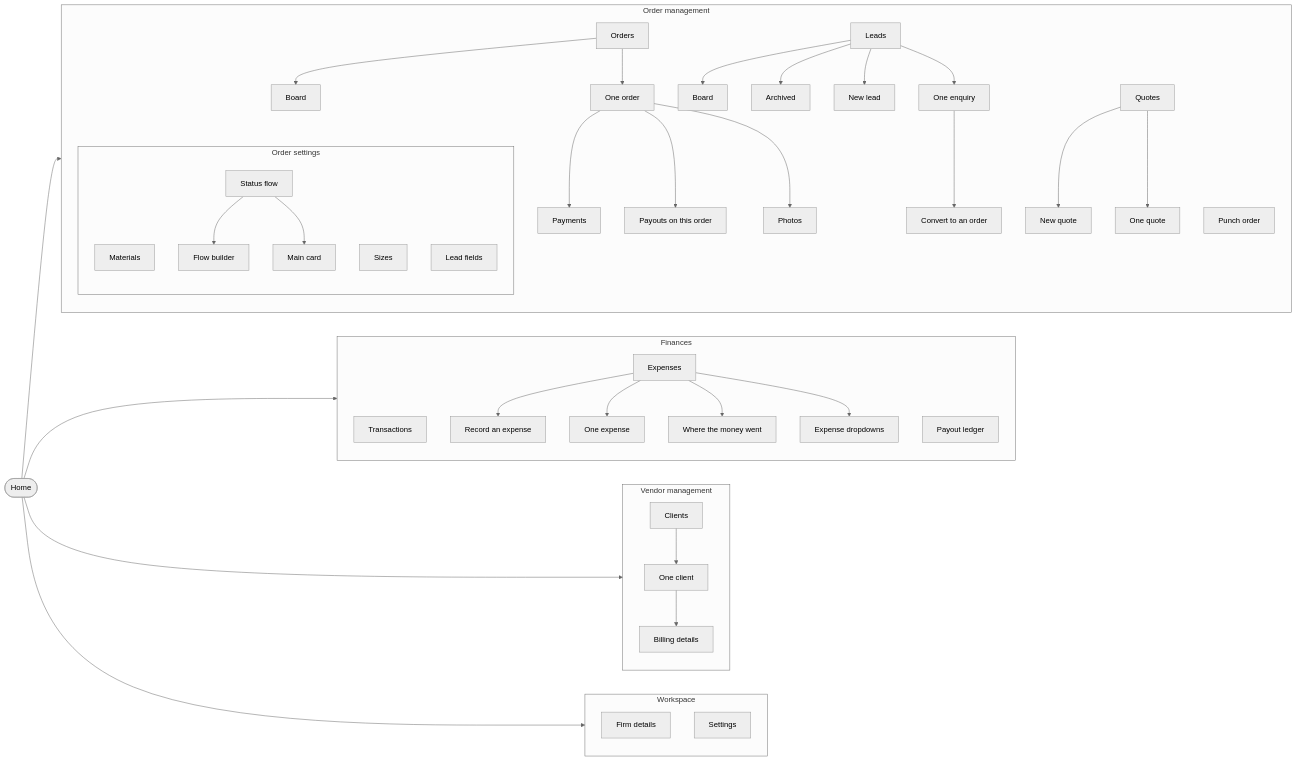
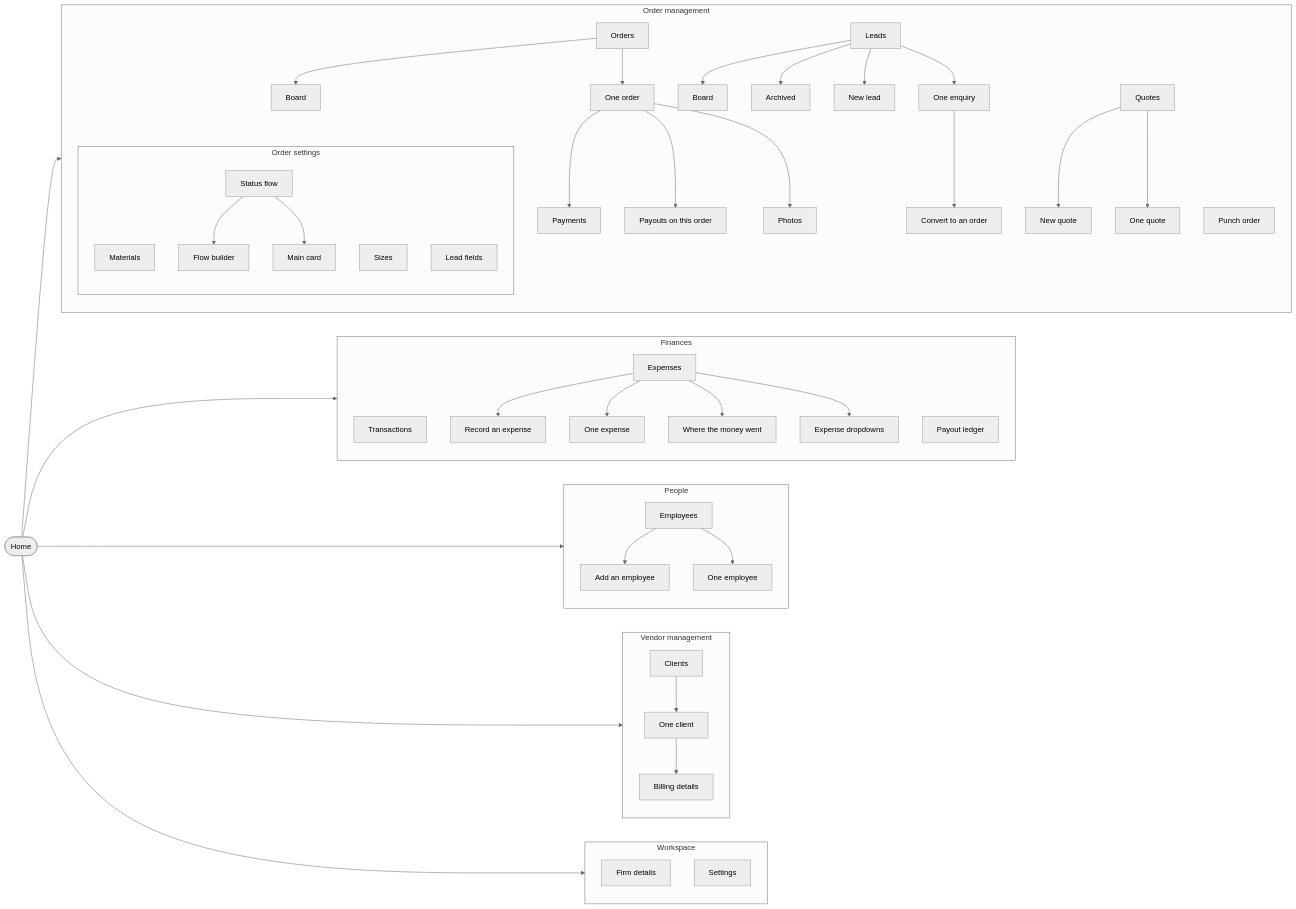
Before and after one commit to firstleaptechnologies-coder/factory-automation: the diagram in docs/NAVIGATION.md, drawn with Mermaid (neutral theme). The commit also changed other lines of this file and 36 other files, not shown here.

```diff
--- a/docs/NAVIGATION.md
+++ b/docs/NAVIGATION.md
@@ -76,6 +76,15 @@
     expenses --> expense_options
   end
   Home --> cat_finances
+  subgraph cat_people["People"]
+    direction TB
+    employees["Employees"]
+    employee_form["Add an employee"]
+    employees --> employee_form
+    employee_detail["One employee"]
+    employees --> employee_detail
+  end
+  Home --> cat_people
   subgraph cat_vendors["Vendor management"]
     direction TB
     clients["Clients"]
```
